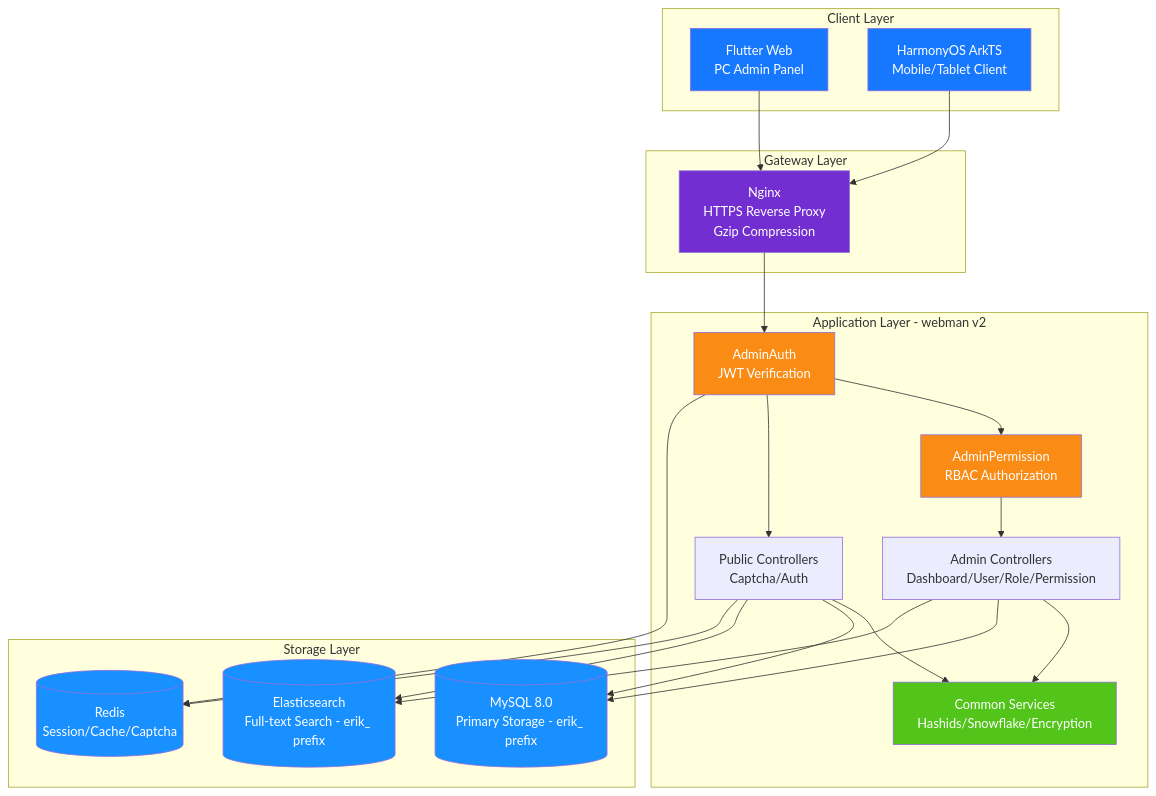
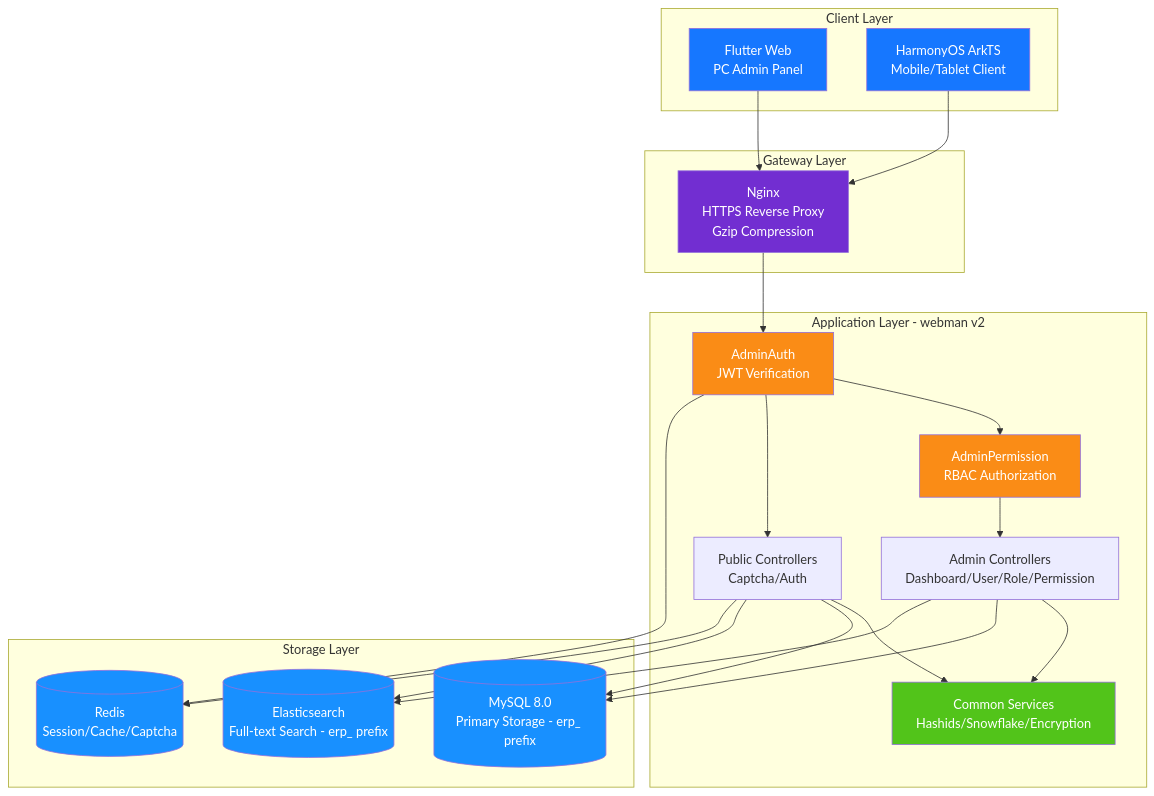
Before and after one commit to erikwang2013/erp-php: the diagram in docs/i18n/en/diagrams/01-system-architecture.md, drawn with Mermaid. The commit also changed 449 other files, not shown here.

First line of the commit message:
全局命名统一：数据库 erp、表前缀 erp_、Redis 前缀 erp:（原 erik_/open_admin）

````diff
--- a/docs/i18n/en/diagrams/01-system-architecture.md
+++ b/docs/i18n/en/diagrams/01-system-architecture.md
@@ -3,50 +3,50 @@
 ```mermaid
 flowchart TB
     subgraph clients["Client Layer"]
         flutter["Flutter Web<br/>PC Admin Panel"]
         harmony["HarmonyOS ArkTS<br/>Mobile/Tablet Client"]
     end
 
     subgraph gateway["Gateway Layer"]
         nginx["Nginx<br/>HTTPS Reverse Proxy<br/>Gzip Compression"]
     end
 
     subgraph app["Application Layer - webman v2"]
         auth["AdminAuth<br/>JWT Verification"]
         perm["AdminPermission<br/>RBAC Authorization"]
         admin["Admin Controllers<br/>Dashboard/User/Role/Permission"]
         public["Public Controllers<br/>Captcha/Auth"]
         common["Common Services<br/>Hashids/Snowflake/Encryption"]
     end
 
     subgraph storage["Storage Layer"]
-        mysql[("MySQL 8.0<br/>Primary Storage - erik_ prefix")]
-        es[("Elasticsearch<br/>Full-text Search - erik_ prefix")]
+        mysql[("MySQL 8.0<br/>Primary Storage - erp_ prefix")]
+        es[("Elasticsearch<br/>Full-text Search - erp_ prefix")]
         redis[("Redis<br/>Session/Cache/Captcha")]
     end
 
     flutter --> nginx
     harmony --> nginx
     nginx --> auth
     auth --> perm
     perm --> admin
     auth --> public
     admin --> common
     public --> common
     admin --> mysql
     public --> mysql
     admin --> es
     public --> es
     auth --> redis
     public --> redis
 
     style flutter fill:#1677FF,color:#fff
     style harmony fill:#1677FF,color:#fff
     style nginx fill:#722ED1,color:#fff
     style auth fill:#FA8C16,color:#fff
     style perm fill:#FA8C16,color:#fff
     style common fill:#52C41A,color:#fff
     style mysql fill:#1890FF,color:#fff
     style es fill:#1890FF,color:#fff
     style redis fill:#1890FF,color:#fff
 ```
````
